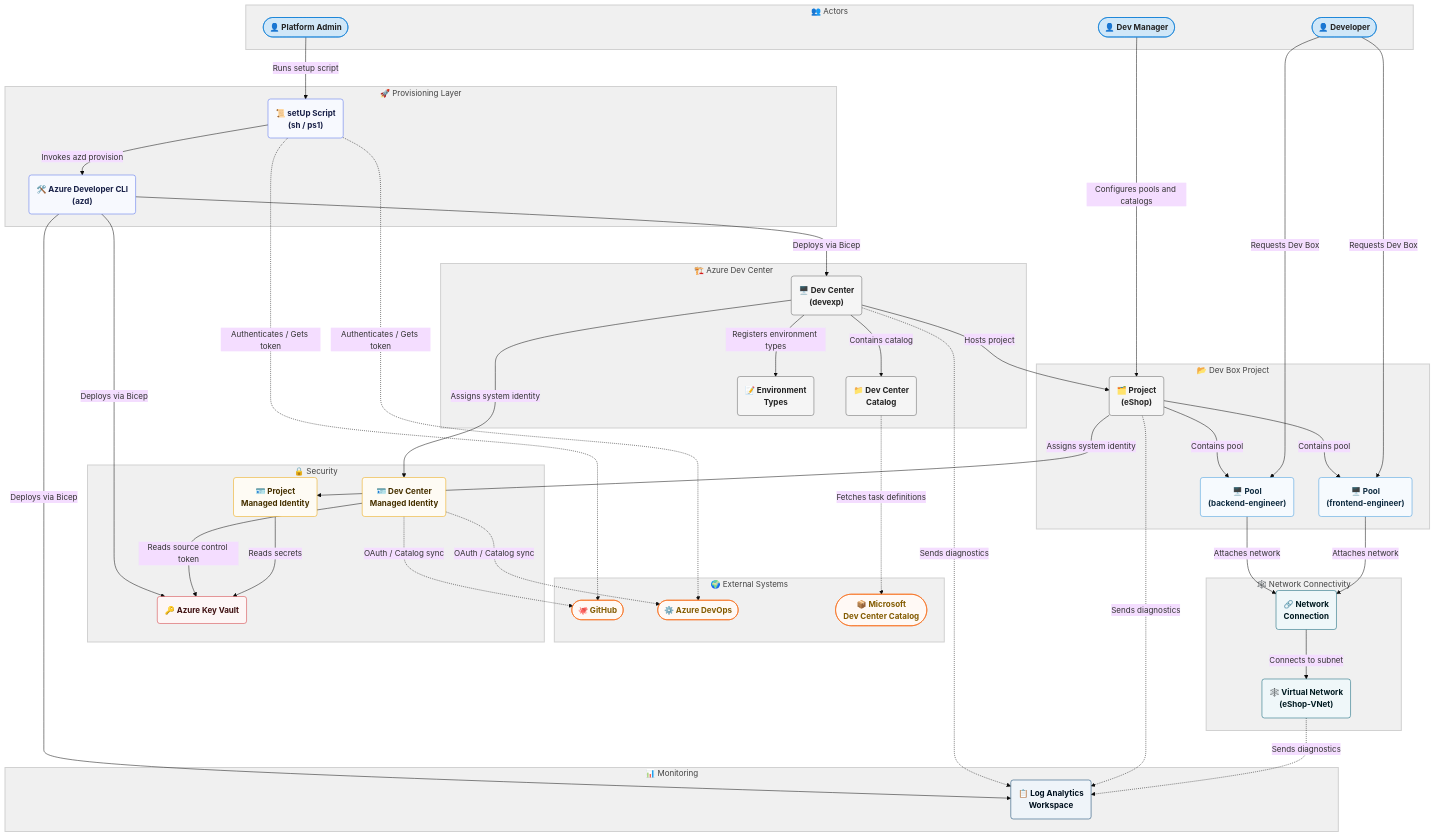
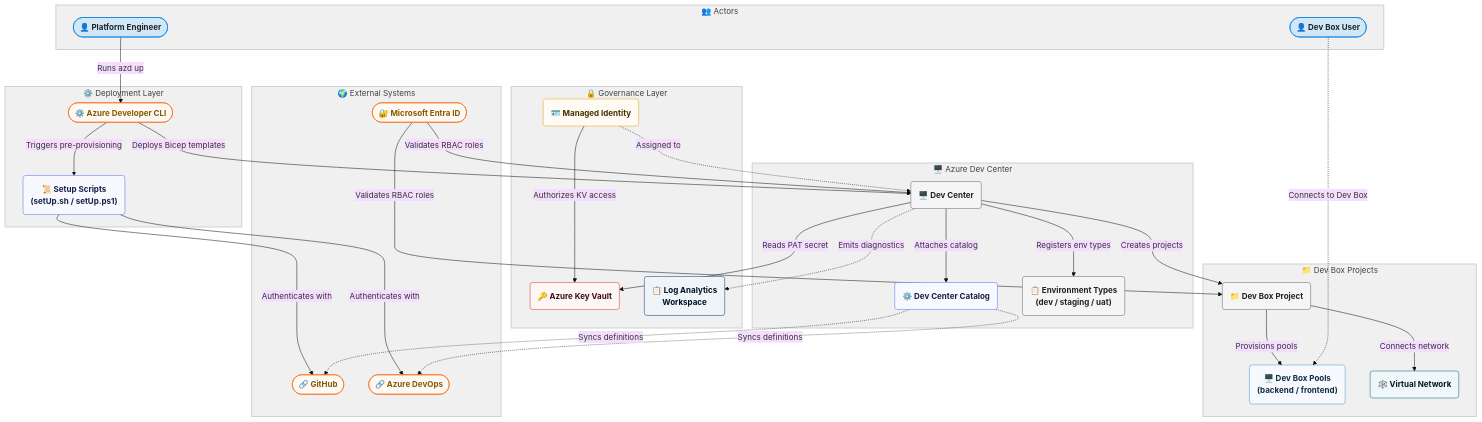
One commit to Evilazaro/DevExp-DevBox changed the diagram in README.md. Above: the diagram before and after it, drawn with Mermaid. The commit also changed other lines of this file, not shown here.

Commit message:
Refactor README.md to update project name, enhance clarity, and improve structure

````diff
--- a/README.md
+++ b/README.md
@@ -73,7 +73,7 @@
 ```mermaid
 ---
 config:
-  description: "High-level architecture diagram for DevExp-DevBox: an Azure Dev Center accelerator that provisions cloud developer workstations with GitHub or Azure DevOps integration."
+  description: "High-level architecture of the ContosoDevExp Dev Box Accelerator — actors, primary flows, and major components."
   theme: base
   themeVariables:
     htmlLabels: true
@@ -83,134 +83,104 @@
 flowchart TB
 
   %% ── Class Definitions ─────────────────────────────────────────────────────
-  %% All hex values are Fluent UI React v9 global color tokens (Light theme).
-  %% actor:     blue tint50  — developer/admin/manager actors
-  %% external:  orange       — GitHub, Azure DevOps, Microsoft Catalog
-  %% devops:    cornflower   — setup scripts and Azure Developer CLI
-  %% security:  red          — Key Vault
-  %% identity:  marigold     — managed identities
-  %% monitor:   darkBlue     — Log Analytics Workspace
-  %% service:   grey         — Dev Center core components and projects
-  %% compute:   lightBlue    — Dev Box pools (VM-based workstations)
-  %% networking: steel       — Virtual Network and Network Connection
-  classDef actor      fill:#d0e7f8,stroke:#0078d4,color:#242424,font-weight:bold
-  classDef external   fill:#fff9f5,stroke:#f7630c,color:#835b00,font-weight:bold
-  classDef devops     fill:#f7f9fe,stroke:#4f6bed,color:#182047,font-weight:bold
-  classDef security   fill:#fdf6f6,stroke:#d13438,color:#3f1011,font-weight:bold
-  classDef identity   fill:#fefbf4,stroke:#eaa300,color:#463100,font-weight:bold
-  classDef monitor    fill:#eff4f9,stroke:#003966,color:#00111f,font-weight:bold
-  classDef service    fill:#f5f5f5,stroke:#616161,color:#242424,font-weight:bold
-  classDef compute    fill:#f6fafe,stroke:#3a96dd,color:#112d42,font-weight:bold
-  classDef networking fill:#eff7f9,stroke:#005b70,color:#001b22,font-weight:bold
+  classDef actor        fill:#d0e7f8,stroke:#0078d4,color:#242424,font-weight:bold
+  classDef service      fill:#f5f5f5,stroke:#616161,color:#242424,font-weight:bold
+  classDef gateway      fill:#a6e9ed,stroke:#00b7c3,color:#001d1f,font-weight:bold
+  classDef datastore    fill:#f1faf1,stroke:#107c10,color:#0e700e,font-weight:bold
+  classDef external     fill:#fff9f5,stroke:#f7630c,color:#835b00,font-weight:bold
+  classDef ai           fill:#f7f4fb,stroke:#5c2e91,color:#46236e,font-weight:bold
+  classDef analytics    fill:#f0fafa,stroke:#038387,color:#012728,font-weight:bold
+  classDef compute      fill:#f6fafe,stroke:#3a96dd,color:#112d42,font-weight:bold
+  classDef containers   fill:#f2fafc,stroke:#0099bc,color:#002e38,font-weight:bold
+  classDef devops       fill:#f7f9fe,stroke:#4f6bed,color:#182047,font-weight:bold
+  classDef identity     fill:#fefbf4,stroke:#eaa300,color:#463100,font-weight:bold
+  classDef integration  fill:#f2fcfd,stroke:#00b7c3,color:#00373a,font-weight:bold
+  classDef iot          fill:#f9f8fc,stroke:#8764b8,color:#281e37,font-weight:bold
+  classDef monitor      fill:#eff4f9,stroke:#003966,color:#00111f,font-weight:bold
+  classDef networking   fill:#eff7f9,stroke:#005b70,color:#001b22,font-weight:bold
+  classDef security     fill:#fdf6f6,stroke:#d13438,color:#3f1011,font-weight:bold
+  classDef storage      fill:#f3fdf8,stroke:#00cc6a,color:#003d20,font-weight:bold
+  classDef web          fill:#f3f9fd,stroke:#0078d4,color:#002440,font-weight:bold
 
   %% ── Actors ─────────────────────────────────────────────────────────────────
   subgraph ACTORS["👥 Actors"]
-    ADMIN(["👤 Platform Admin"])
-    DEVMGR(["👤 Dev Manager"])
-    DEV(["👤 Developer"])
+    PLATENG(["👤 Platform Engineer"])
+    DEVUSER(["👤 Dev Box User"])
+  end
+
+  %% ── Deployment Layer ────────────────────────────────────────────────────────
+  subgraph DEPLOY["⚙️ Deployment Layer"]
+    AZD(["⚙️ Azure Developer CLI"])
+    SCRIPTS("📜 Setup Scripts<br/>(setUp.sh / setUp.ps1)")
   end
 
   %% ── External Systems ────────────────────────────────────────────────────────
   subgraph EXT["🌍 External Systems"]
-    GITHUB(["🐙 GitHub"])
-    ADO(["⚙️ Azure DevOps"])
-    MS_CATALOG(["📦 Microsoft<br/>Dev Center Catalog"])
+    GITHUB(["🔗 GitHub"])
+    ADO(["🔗 Azure DevOps"])
+    ENTRAID(["🔐 Microsoft Entra ID"])
   end
 
-  %% ── Provisioning Layer ──────────────────────────────────────────────────────
-  subgraph PROVISION["🚀 Provisioning Layer"]
-    SETUP("📜 setUp Script<br/>(sh / ps1)")
-    AZD("🛠️ Azure Developer CLI<br/>(azd)")
+  %% ── Governance Layer ─────────────────────────────────────────────────────────
+  subgraph GOVLAYER["🔒 Governance Layer"]
+    KV("🔑 Azure Key Vault")
+    MI("🪪 Managed Identity")
+    LAW("📋 Log Analytics<br/>Workspace")
   end
 
-  %% ── Security ───────────────────────────────────────────────────────────────
-  subgraph SEC_LAYER["🔒 Security"]
-    KEYVAULT("🔑 Azure Key Vault")
-    DC_IDENTITY("🪪 Dev Center<br/>Managed Identity")
-    PROJ_IDENTITY("🪪 Project<br/>Managed Identity")
+  %% ── Dev Center Core ─────────────────────────────────────────────────────────
+  subgraph DEVCENTER["🖥️ Azure Dev Center"]
+    DC("🖥️ Dev Center")
+    CATALOG("⚙️ Dev Center Catalog")
+    ENVTYPE("📋 Environment Types<br/>(dev / staging / uat)")
   end
 
-  %% ── Monitoring ─────────────────────────────────────────────────────────────
-  subgraph MON_LAYER["📊 Monitoring"]
-    LOG_ANALYTICS("📋 Log Analytics<br/>Workspace")
+  %% ── Project Layer ───────────────────────────────────────────────────────────
+  subgraph PROJECT_LAYER["📁 Dev Box Projects"]
+    PROJECT("📁 Dev Box Project")
+    POOL("🖥️ Dev Box Pools<br/>(backend / frontend)")
+    VNET("🕸️ Virtual Network")
   end
 
-  %% ── Azure Dev Center ────────────────────────────────────────────────────────
-  subgraph DC_CORE["🏗️ Azure Dev Center"]
-    DEVCENTER("🖥️ Dev Center<br/>(devexp)")
-    CATALOG("📁 Dev Center<br/>Catalog")
-    ENV_TYPES("📝 Environment<br/>Types")
-  end
-
-  %% ── Dev Box Project ─────────────────────────────────────────────────────────
-  subgraph DC_PROJECT["📂 Dev Box Project"]
-    PROJECT("🗂️ Project<br/>(eShop)")
-    POOL_BACKEND("🖥️ Pool<br/>(backend-engineer)")
-    POOL_FRONTEND("🖥️ Pool<br/>(frontend-engineer)")
-  end
-
-  %% ── Network Connectivity ─────────────────────────────────────────────────────
-  subgraph CONN_LAYER["🕸️ Network Connectivity"]
-    VNET("🕸️ Virtual Network<br/>(eShop-VNet)")
-    NET_CONN("🔗 Network<br/>Connection")
-  end
-
-  %% ── Provisioning Flows ──────────────────────────────────────────────────────
-  ADMIN         -- "Runs setup script"                 --> SETUP
-  SETUP         -. "Authenticates / Gets token"       .-> GITHUB
-  SETUP         -. "Authenticates / Gets token"       .-> ADO
-  SETUP         -- "Invokes azd provision"             --> AZD
-  AZD           -- "Deploys via Bicep"                 --> KEYVAULT
-  AZD           -- "Deploys via Bicep"                 --> LOG_ANALYTICS
-  AZD           -- "Deploys via Bicep"                 --> DEVCENTER
-
-  %% ── Dev Center Core Flows ───────────────────────────────────────────────────
-  DEVCENTER     -- "Assigns system identity"           --> DC_IDENTITY
-  DC_IDENTITY   -- "Reads source control token"        --> KEYVAULT
-  DC_IDENTITY   -. "OAuth / Catalog sync"             .-> GITHUB
-  DC_IDENTITY   -. "OAuth / Catalog sync"             .-> ADO
-  DEVCENTER     -- "Contains catalog"                  --> CATALOG
-  CATALOG       -. "Fetches task definitions"         .-> MS_CATALOG
-  DEVCENTER     -- "Registers environment types"       --> ENV_TYPES
-  DEVCENTER     -. "Sends diagnostics"                .-> LOG_ANALYTICS
-
-  %% ── Project Flows ───────────────────────────────────────────────────────────
-  DEVCENTER     -- "Hosts project"                     --> PROJECT
-  PROJECT       -- "Assigns system identity"           --> PROJ_IDENTITY
-  PROJ_IDENTITY -- "Reads secrets"                     --> KEYVAULT
-  PROJECT       -- "Contains pool"                     --> POOL_BACKEND
-  PROJECT       -- "Contains pool"                     --> POOL_FRONTEND
-  PROJECT       -. "Sends diagnostics"                .-> LOG_ANALYTICS
-
-  %% ── Network Flows ───────────────────────────────────────────────────────────
-  POOL_BACKEND  -- "Attaches network"                  --> NET_CONN
-  POOL_FRONTEND -- "Attaches network"                  --> NET_CONN
-  NET_CONN      -- "Connects to subnet"                --> VNET
-  VNET          -. "Sends diagnostics"                .-> LOG_ANALYTICS
-
-  %% ── User Flows ──────────────────────────────────────────────────────────────
-  DEVMGR        -- "Configures pools and catalogs"     --> PROJECT
-  DEV           -- "Requests Dev Box"                  --> POOL_BACKEND
-  DEV           -- "Requests Dev Box"                  --> POOL_FRONTEND
+  %% ── Primary Flows ───────────────────────────────────────────────────────────
+  PLATENG   -- "Runs azd up"                --> AZD
+  AZD       -- "Triggers pre-provisioning"  --> SCRIPTS
+  SCRIPTS   -- "Authenticates with"         --> GITHUB
+  SCRIPTS   -- "Authenticates with"         --> ADO
+  AZD       -- "Deploys Bicep templates"    --> DC
+  DC        -- "Reads PAT secret"           --> KV
+  DC        -. "Emits diagnostics" .->       LAW
+  DC        -- "Attaches catalog"           --> CATALOG
+  CATALOG   -. "Syncs definitions" .->       GITHUB
+  CATALOG   -. "Syncs definitions" .->       ADO
+  DC        -- "Registers env types"        --> ENVTYPE
+  DC        -- "Creates projects"           --> PROJECT
+  PROJECT   -- "Provisions pools"           --> POOL
+  PROJECT   -- "Connects network"           --> VNET
+  MI        -- "Authorizes KV access"       --> KV
+  MI        -. "Assigned to" .->             DC
+  ENTRAID   -- "Validates RBAC roles"       --> DC
+  ENTRAID   -- "Validates RBAC roles"       --> PROJECT
+  DEVUSER   -. "Connects to Dev Box" .->     POOL
 
   %% ── Class Assignments ───────────────────────────────────────────────────────
-  class ADMIN,DEVMGR,DEV actor
-  class GITHUB,ADO,MS_CATALOG external
-  class SETUP,AZD devops
-  class KEYVAULT security
-  class DC_IDENTITY,PROJ_IDENTITY identity
-  class LOG_ANALYTICS monitor
-  class DEVCENTER,CATALOG,ENV_TYPES,PROJECT service
-  class POOL_BACKEND,POOL_FRONTEND compute
-  class VNET,NET_CONN networking
+  class PLATENG,DEVUSER actor
+  class AZD,GITHUB,ADO,ENTRAID external
+  class SCRIPTS devops
+  class KV security
+  class MI identity
+  class LAW monitor
+  class DC,ENVTYPE service
+  class CATALOG devops
+  class PROJECT service
+  class POOL compute
+  class VNET networking
 
   %% ── Subgraph Styles ─────────────────────────────────────────────────────────
-  style ACTORS     fill:#f0f0f0,stroke:#d1d1d1,color:#424242,stroke-width:2px
-  style EXT        fill:#f0f0f0,stroke:#d1d1d1,color:#424242,stroke-width:2px
-  style PROVISION  fill:#f0f0f0,stroke:#d1d1d1,color:#424242,stroke-width:2px
-  style SEC_LAYER  fill:#f0f0f0,stroke:#d1d1d1,color:#424242,stroke-width:2px
-  style MON_LAYER  fill:#f0f0f0,stroke:#d1d1d1,color:#424242,stroke-width:2px
-  style DC_CORE    fill:#f0f0f0,stroke:#d1d1d1,color:#424242,stroke-width:2px
-  style DC_PROJECT fill:#f0f0f0,stroke:#d1d1d1,color:#424242,stroke-width:2px
-  style CONN_LAYER fill:#f0f0f0,stroke:#d1d1d1,color:#424242,stroke-width:2px
+  style ACTORS        fill:#f0f0f0,stroke:#d1d1d1,color:#424242,stroke-width:2px
+  style DEPLOY        fill:#f0f0f0,stroke:#d1d1d1,color:#424242,stroke-width:2px
+  style EXT           fill:#f0f0f0,stroke:#d1d1d1,color:#424242,stroke-width:2px
+  style GOVLAYER      fill:#f0f0f0,stroke:#d1d1d1,color:#424242,stroke-width:2px
+  style DEVCENTER     fill:#f0f0f0,stroke:#d1d1d1,color:#424242,stroke-width:2px
+  style PROJECT_LAYER fill:#f0f0f0,stroke:#d1d1d1,color:#424242,stroke-width:2px
 ```
````
